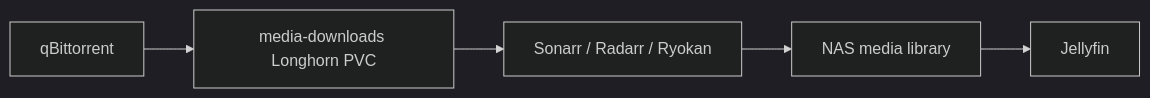
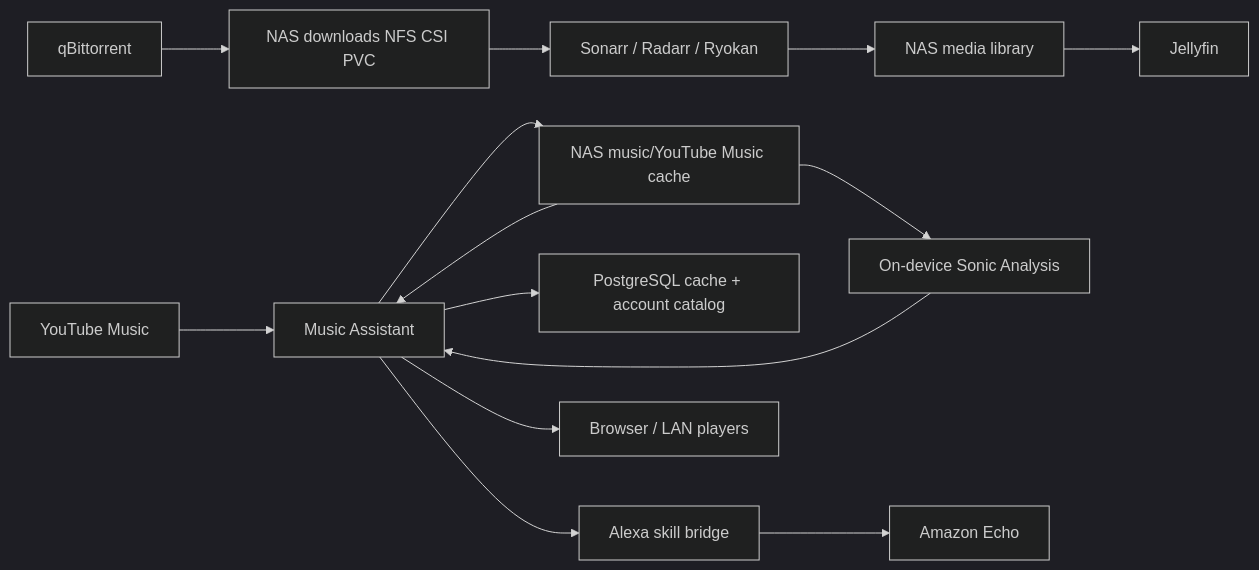
Before and after one commit to abhi1693/homelab: the diagram in kubernetes/projects/entertainment/README.md, drawn with Mermaid (dark theme). The commit also changed other lines of this file and 348 other files, not shown here.

````diff
--- a/kubernetes/projects/entertainment/README.md
+++ b/kubernetes/projects/entertainment/README.md
@@ -48,13 +47,30 @@
 ```mermaid
 flowchart LR
   qbittorrent["qBittorrent"]
-  downloads["media-downloads Longhorn PVC"]
+  downloads["NAS downloads NFS CSI PVC"]
   importers["Sonarr / Radarr / Ryokan"]
   library["NAS media library"]
   jellyfin["Jellyfin"]
+  ytmusic["YouTube Music"]
+  musicAssistant["Music Assistant"]
+  cache["NAS music/YouTube Music cache"]
+  catalog["PostgreSQL cache + account catalog"]
+  sonic["On-device Sonic Analysis"]
+  alexaSkill["Alexa skill bridge"]
+  echo["Amazon Echo"]
+  players["Browser / LAN players"]
 
   qbittorrent --> downloads
   downloads --> importers
   importers --> library
   library --> jellyfin
+  ytmusic --> musicAssistant
+  musicAssistant --> cache
+  musicAssistant --> catalog
+  cache --> musicAssistant
+  cache --> sonic
+  sonic --> musicAssistant
+  musicAssistant --> players
+  musicAssistant --> alexaSkill
+  alexaSkill --> echo
 ```
````
